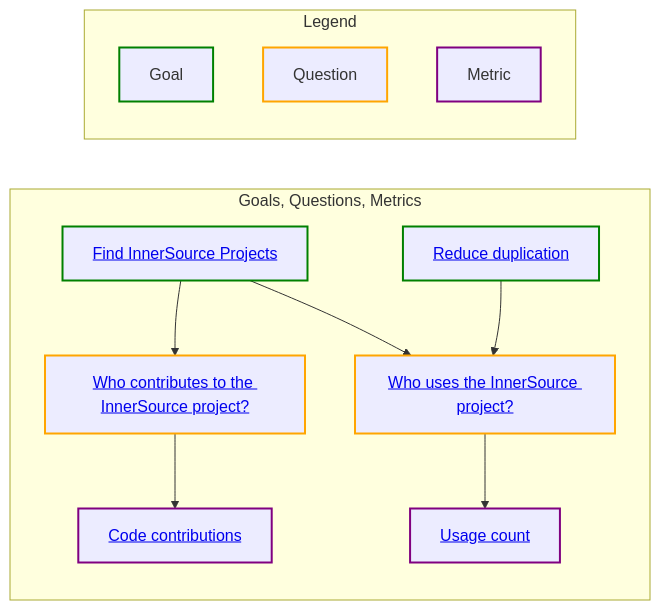
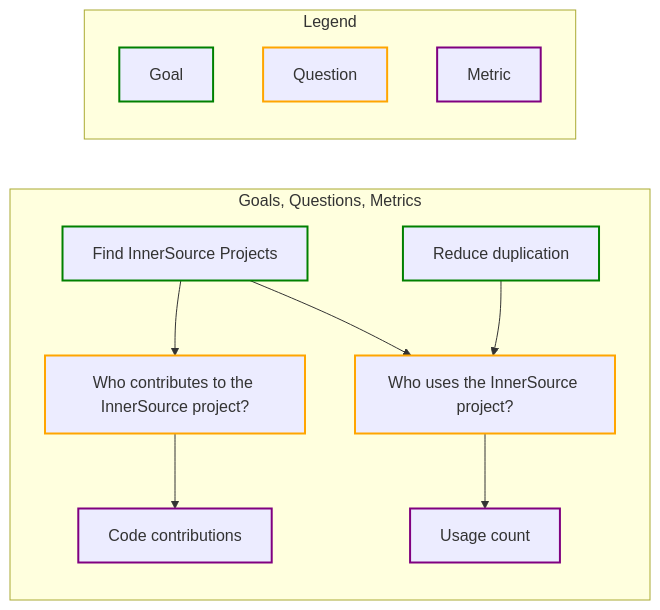
One commit to InnerSourceCommons/managing-innersource-projects changed the diagram in measuring/use_gqm.md. Above: the diagram before and after it, drawn with Mermaid.

Commit message:
feat: gqm diagram updated by GitHub Actions

````diff
--- a/measuring/use_gqm.md
+++ b/measuring/use_gqm.md
@@ -29,35 +29,50 @@
 ```mermaid
 graph LR;
 
     subgraph GQM[Goals, Questions, Metrics]
 
-      find-projects.md[<a href='https://github.com/InnerSourceCommons/managing-inner-source-projects/blob/main/measuring//goals/find-projects.md'>Find InnerSource Projects</a>]
-    reduce-duplication.md[<a href='https://github.com/InnerSourceCommons/managing-inner-source-projects/blob/main/measuring//goals/reduce-duplication.md'>Reduce duplication</a>]
-    who-contributes.md[<a href='https://github.com/InnerSourceCommons/managing-inner-source-projects/blob/main/measuring//questions/who-contributes.md'>Who contributes to the InnerSource project?</a>]
-    who-uses.md[<a href='https://github.com/InnerSourceCommons/managing-inner-source-projects/blob/main/measuring//questions/who-uses.md'>Who uses the InnerSource project?</a>]
-    code-contributions.md[<a href='https://github.com/InnerSourceCommons/managing-inner-source-projects/blob/main/measuring//metrics/code-contributions.md'>Code contributions</a>]
-    usage-count.md[<a href='https://github.com/InnerSourceCommons/managing-inner-source-projects/blob/main/measuring//metrics/usage-count.md'>Usage count</a>]
+    %% begin nodes
+    find-projects.md[Find InnerSource Projects]
+    reduce-duplication.md[Reduce duplication]
+    who-contributes.md[Who contributes to the InnerSource project?]
+    who-uses.md[Who uses the InnerSource project?]
+    code-contributions.md[Code contributions]
+    usage-count.md[Usage count]
+    %% end nodes
+
+    %% begin edges
     find-projects.md-->who-uses.md
     find-projects.md-->who-contributes.md
     reduce-duplication.md-->who-uses.md
     who-contributes.md-->code-contributions.md
     who-uses.md-->usage-count.md
+    %% end edges
+
+    %% begin clicks
+    click find-projects.md "https://github.com/InnerSourceCommons/managing-inner-source-projects/blob/main/measuring/goals/find-projects.md" "Find InnerSource Projects"
+    click reduce-duplication.md "https://github.com/InnerSourceCommons/managing-inner-source-projects/blob/main/measuring/goals/reduce-duplication.md" "Reduce duplication"
+    click who-contributes.md "https://github.com/InnerSourceCommons/managing-inner-source-projects/blob/main/measuring/questions/who-contributes.md" "Who contributes to the InnerSource project?"
+    click who-uses.md "https://github.com/InnerSourceCommons/managing-inner-source-projects/blob/main/measuring/questions/who-uses.md" "Who uses the InnerSource project?"
+    click code-contributions.md "https://github.com/InnerSourceCommons/managing-inner-source-projects/blob/main/measuring/metrics/code-contributions.md" "Code contributions"
+    click usage-count.md "https://github.com/InnerSourceCommons/managing-inner-source-projects/blob/main/measuring/metrics/usage-count.md" "Usage count"
+    %% end clicks
+
   end
       subgraph Legend
         direction TB
 
         goal[Goal]
         question[Question]
         metric[Metric]
 
         classDef goals stroke:green,stroke-width:2px;
         class goal,find-projects.md,reduce-duplication.md goals
 
         classDef questions stroke:orange,stroke-width:2px;
         class question,who-contributes.md,who-uses.md questions
 
         classDef metrics stroke:purple,stroke-width:2px;
         class metric,code-contributions.md,usage-count.md metrics
       end  
   
 ```
````
